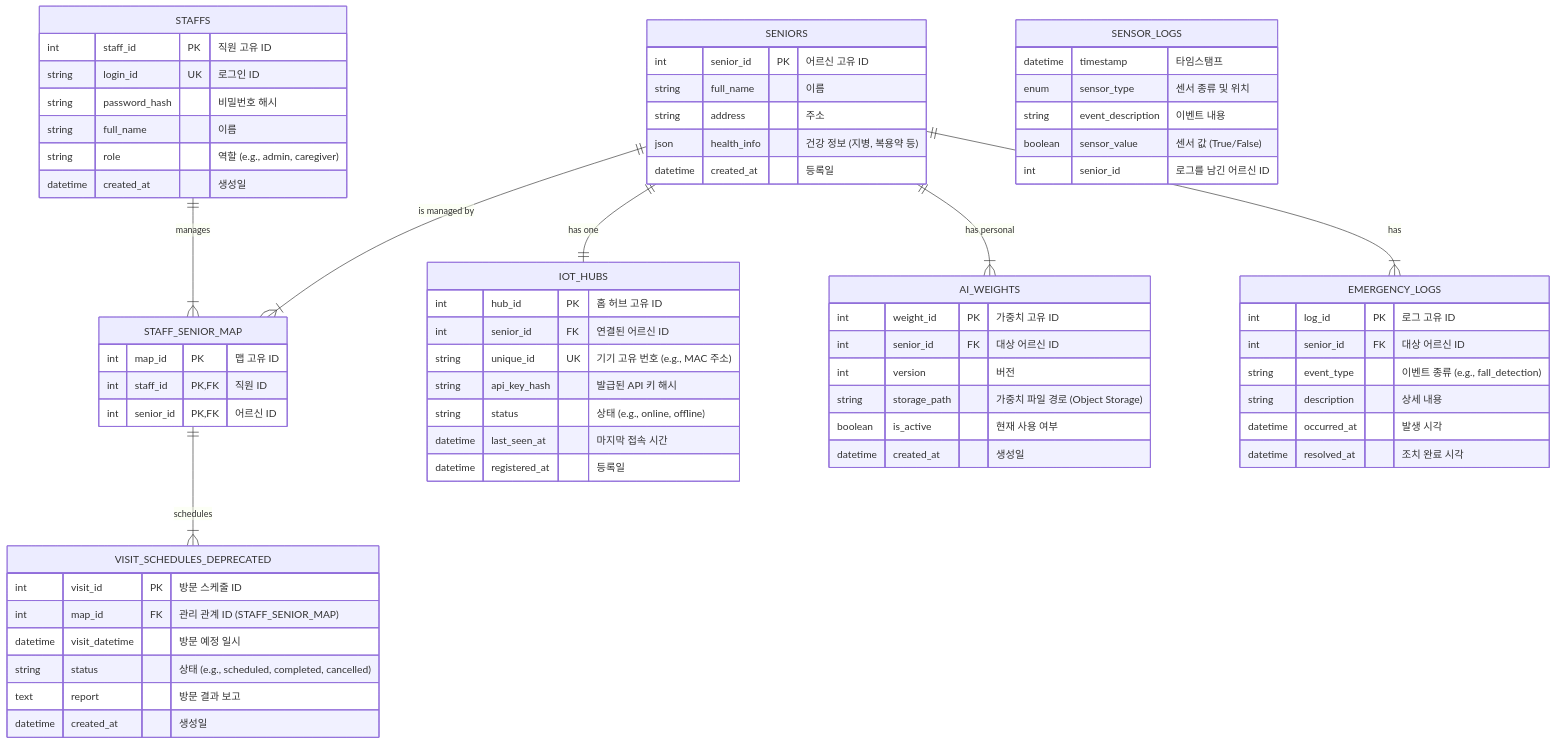
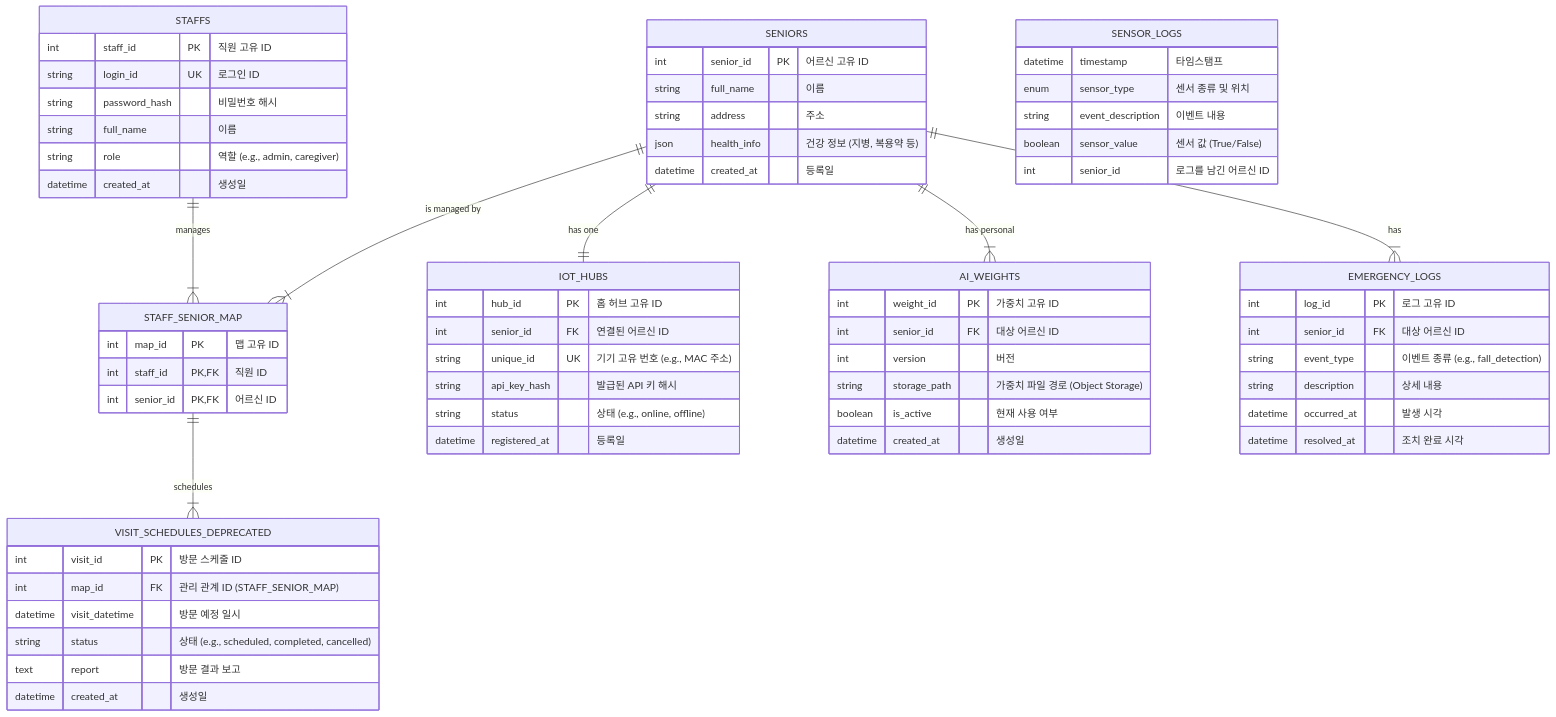
One commit to jiminh03/SST changed the diagram in BackEnd/design/ERD.mmd. Above: the diagram before and after it, drawn with Mermaid. The commit also changed 9 other files, not shown here.

```diff
--- a/BackEnd/design/ERD.mmd
+++ b/BackEnd/design/ERD.mmd
@@ -1,85 +1,84 @@
 erDiagram
     %% --- Entities Definition ---
 
     STAFFS {
         int staff_id PK "직원 고유 ID"
         string login_id UK "로그인 ID"
         string password_hash "비밀번호 해시"
         string full_name "이름"
         string role "역할 (e.g., admin, caregiver)"
         datetime created_at "생성일"
     }
 
     SENIORS {
         int senior_id PK "어르신 고유 ID"
         string full_name "이름"
         string address "주소"
         json health_info "건강 정보 (지병, 복용약 등)"
         datetime created_at "등록일"
     }
 
     STAFF_SENIOR_MAP {
         int map_id PK "맵 고유 ID"
         int staff_id PK, FK "직원 ID"
         int senior_id PK, FK "어르신 ID"
     }
 
     IOT_HUBS {
         int hub_id PK "홈 허브 고유 ID"
         int senior_id FK "연결된 어르신 ID"
         string unique_id UK "기기 고유 번호 (e.g., MAC 주소)"
         string api_key_hash "발급된 API 키 해시"
         string status "상태 (e.g., online, offline)"
-        datetime last_seen_at "마지막 접속 시간"
         datetime registered_at "등록일"
     }
 
     AI_WEIGHTS {
         int weight_id PK "가중치 고유 ID"
         int senior_id FK "대상 어르신 ID"
         int version "버전"
         string storage_path "가중치 파일 경로 (Object Storage)"
         boolean is_active "현재 사용 여부"
         datetime created_at "생성일"
     }
 
     EMERGENCY_LOGS {
         int log_id PK "로그 고유 ID"
         int senior_id FK "대상 어르신 ID"
         string event_type "이벤트 종류 (e.g., fall_detection)"
         string description "상세 내용"
         datetime occurred_at "발생 시각"
         datetime resolved_at "조치 완료 시각"
     }
 
     VISIT_SCHEDULES_DEPRECATED {
     int visit_id PK "방문 스케줄 ID"
     int map_id FK "관리 관계 ID (STAFF_SENIOR_MAP)"
     datetime visit_datetime "방문 예정 일시"
     string status "상태 (e.g., scheduled, completed, cancelled)"
     text report "방문 결과 보고"
     datetime created_at "생성일"
 }
 
     %% --- Time-Series Data (Logical Representation) ---
     %% 시계열 데이터(센서 로그)는 별도의 Time-Series DB(e.g., TimescaleDB)에 저장됩니다.
     %% 아래는 개념적 표현이며, 실제 테이블은 관계형 DB에 존재하지 않습니다.
     SENSOR_LOGS {
         datetime timestamp "타임스탬프"
         enum sensor_type "센서 종류 및 위치"
         string event_description "이벤트 내용"
         boolean sensor_value "센서 값 (True/False)"
         int senior_id "로그를 남긴 어르신 ID"
     }
 
 
     %% --- Relationships Definition ---
 
     STAFFS ||--|{ STAFF_SENIOR_MAP : "manages"
     SENIORS ||--|{ STAFF_SENIOR_MAP : "is managed by"
 
     SENIORS ||--|| IOT_HUBS : "has one"
     SENIORS ||--|{ AI_WEIGHTS : "has personal"
     SENIORS ||--|{ EMERGENCY_LOGS : "has"
     
     STAFF_SENIOR_MAP ||--|{ VISIT_SCHEDULES_DEPRECATED : "schedules"
```
